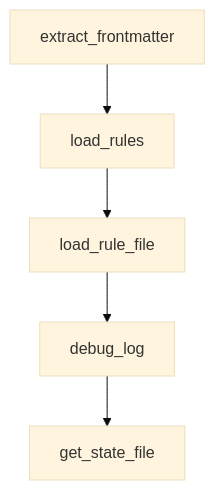
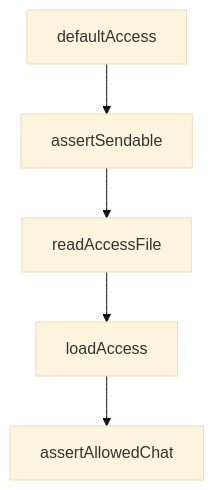
The diagram in tutorials/claude-plugins-official-tutorial/08-governance-and-enterprise-plugin-portfolio-management.md (johnxie/awesome-code-docs), drawn with Mermaid (base theme) before and after one commit. The commit also changed other lines of this file and 1232 other files, not shown here.

````diff
--- a/tutorials/claude-plugins-official-tutorial/08-governance-and-enterprise-plugin-portfolio-management.md
+++ b/tutorials/claude-plugins-official-tutorial/08-governance-and-enterprise-plugin-portfolio-management.md
@@ -223,12 +221,12 @@
 ```mermaid
 flowchart TD
-    A[extract_frontmatter]
-    B[load_rules]
-    C[load_rule_file]
-    D[debug_log]
-    E[get_state_file]
+    A[defaultAccess]
+    B[assertSendable]
+    C[readAccessFile]
+    D[loadAccess]
+    E[assertAllowedChat]
     A --> B
     B --> C
     C --> D
     D --> E
 ```
````
